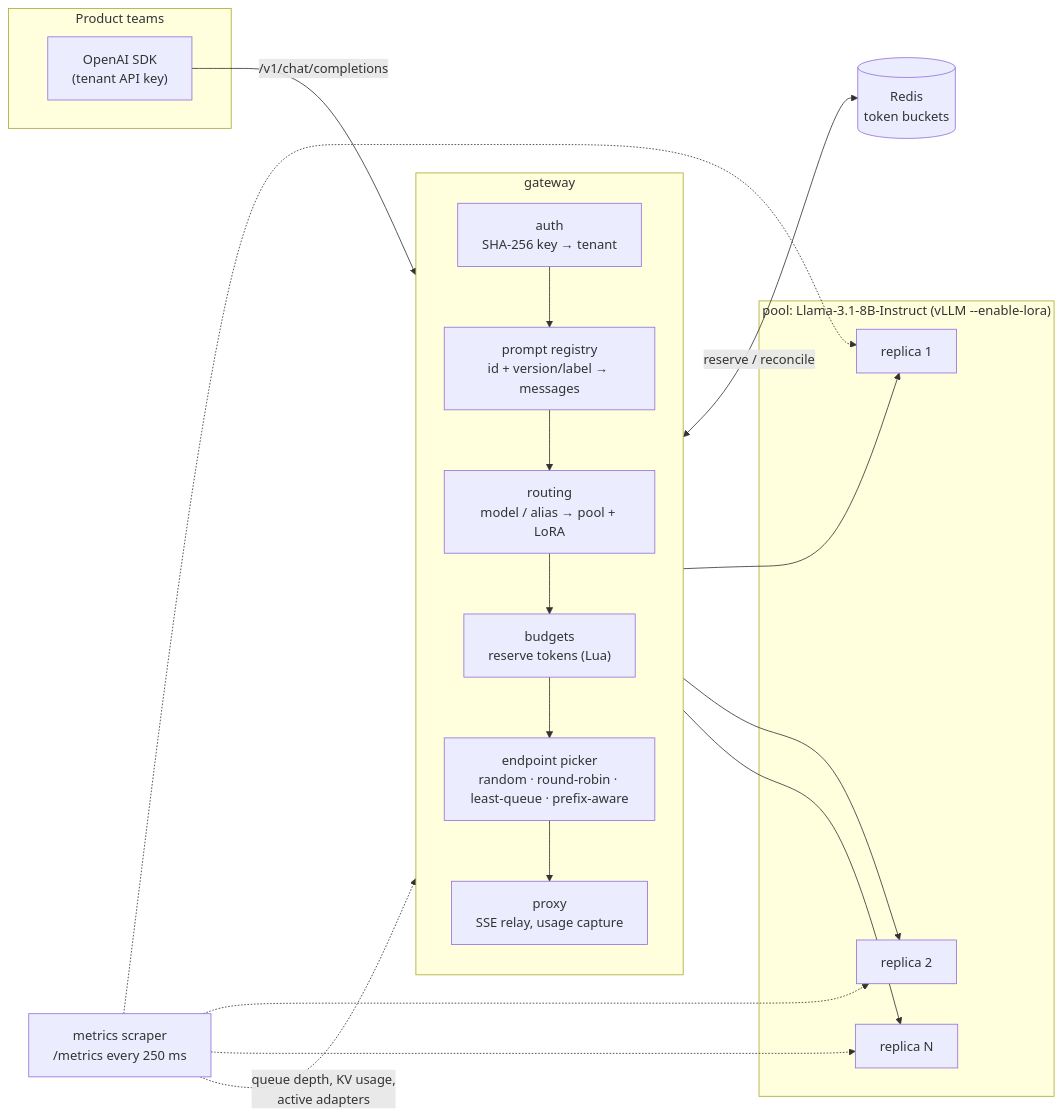
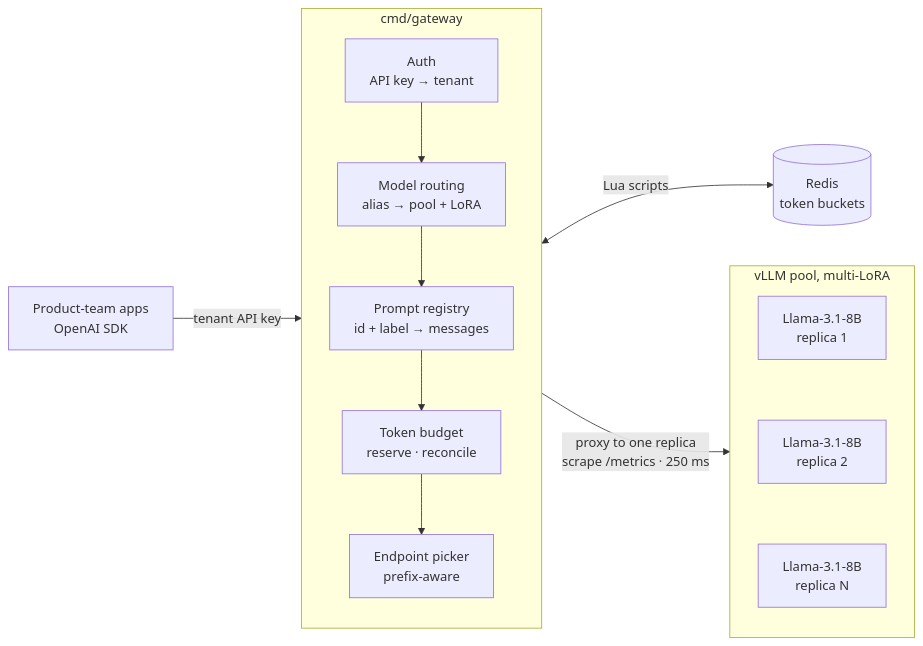
One commit to nitishsjsucs/multi-tenant-inference-gateway changed the first of 4 diagrams in README.md. Above: the diagram before and after it, drawn with Mermaid. The commit also changed other lines of this file and 14 other files, not shown here.

First line of the commit message:
Rewrite README around diagrams; move design detail to docs/

````diff
--- a/README.md
+++ b/README.md
@@ -49,31 +10,24 @@
 ```mermaid
 flowchart LR
-    subgraph teams["Product teams"]
-        sdk["OpenAI SDK<br/>(tenant API key)"]
+    app["Product-team apps<br/>OpenAI SDK"]
+    subgraph gw["cmd/gateway"]
+        direction TB
+        auth["Auth<br/>API key → tenant"]
+        route["Model routing<br/>alias → pool + LoRA"]
+        prompt["Prompt registry<br/>id + label → messages"]
+        budget["Token budget<br/>reserve · reconcile"]
+        pick["Endpoint picker<br/>prefix-aware"]
+        auth --> route --> prompt --> budget --> pick
     end
-
-    subgraph gw["gateway"]
+    redis[("Redis<br/>token buckets")]
+    subgraph pool["vLLM pool, multi-LoRA"]
         direction TB
-        auth["auth<br/>SHA-256 key → tenant"]
-        prompt["prompt registry<br/>id + version/label → messages"]
-        route["routing<br/>model / alias → pool + LoRA"]
-        budget["budgets<br/>reserve tokens (Lua)"]
-        pick["endpoint picker<br/>random · round-robin · least-queue · prefix-aware"]
-        relay["proxy<br/>SSE relay, usage capture"]
-        auth --> prompt --> route --> budget --> pick --> relay
+        r1["Llama-3.1-8B<br/>replica 1"]
+        r2["Llama-3.1-8B<br/>replica 2"]
+        rn["Llama-3.1-8B<br/>replica N"]
+        r1 ~~~ r2 ~~~ rn
     end
-
-    redis[("Redis<br/>token buckets")]
-    subgraph pool["pool: Llama-3.1-8B-Instruct (vLLM --enable-lora)"]
-        v1["replica 1"]
-        v2["replica 2"]
-        vn["replica N"]
-    end
-    scraper["metrics scraper<br/>/metrics every 250 ms"]
-
-    sdk -->|"/v1/chat/completions"| auth
-    budget <-->|"reserve / reconcile"| redis
-    relay --> v1 & v2 & vn
-    scraper -.-> v1 & v2 & vn
-    scraper -.->|"queue depth, KV usage,<br/>active adapters"| pick
+    app -->|"tenant API key"| gw
+    gw <-->|"Lua scripts"| redis
+    gw -->|"proxy to one replica<br/>scrape /metrics · 250 ms"| pool
 ```
````
